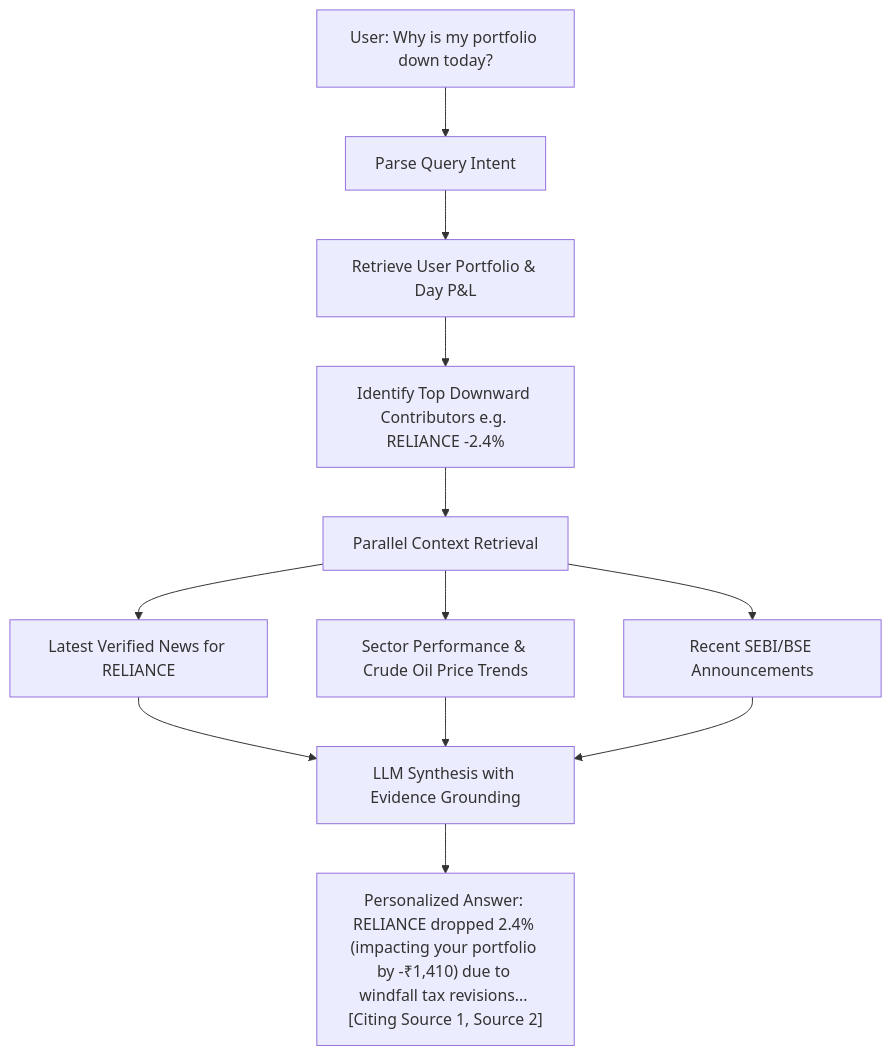
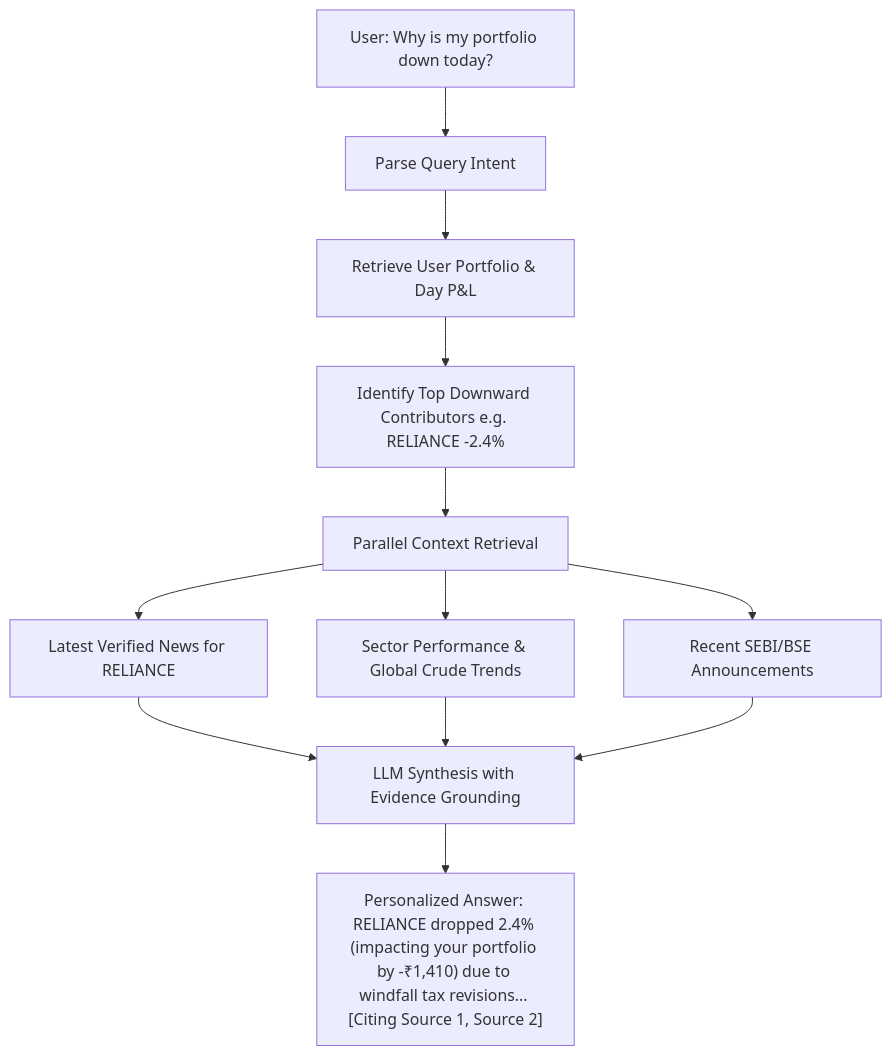
Diagram 11 of 13 in README.md (abhivardhan20-coder/FillEx), drawn with Mermaid before and after one commit. The commit also changed other lines of this file, not shown here.

````diff
--- a/README.md
+++ b/README.md
@@ -572,14 +587,14 @@
 ```mermaid
 flowchart TD
     Q["User: Why is my portfolio down today?"] --> INTENT[Parse Query Intent]
     INTENT --> FETCH_PORT[Retrieve User Portfolio & Day P&L]
     FETCH_PORT --> MOVERS[Identify Top Downward Contributors e.g. RELIANCE -2.4%]
     
     MOVERS --> GATHER[Parallel Context Retrieval]
     GATHER --> G_NEWS[Latest Verified News for RELIANCE]
-    GATHER --> G_MKT[Sector Performance & Crude Oil Price Trends]
+    GATHER --> G_MKT[Sector Performance & Global Crude Trends]
     GATHER --> G_FILING[Recent SEBI/BSE Announcements]
     
     G_NEWS & G_MKT & G_FILING --> REASON[LLM Synthesis with Evidence Grounding]
     REASON --> ANS["Personalized Answer: RELIANCE dropped 2.4% (impacting your portfolio by -₹1,410) due to windfall tax revisions... [Citing Source 1, Source 2]"]
 ```
````
